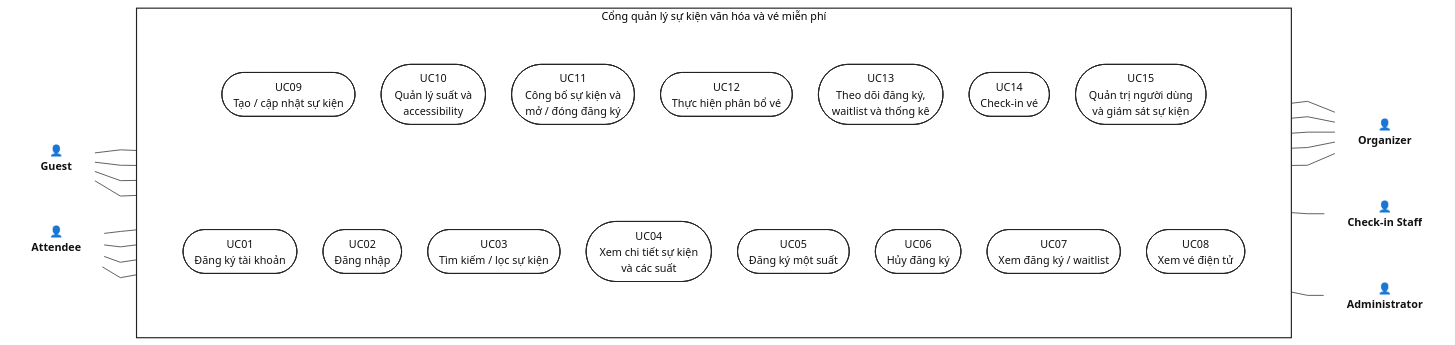
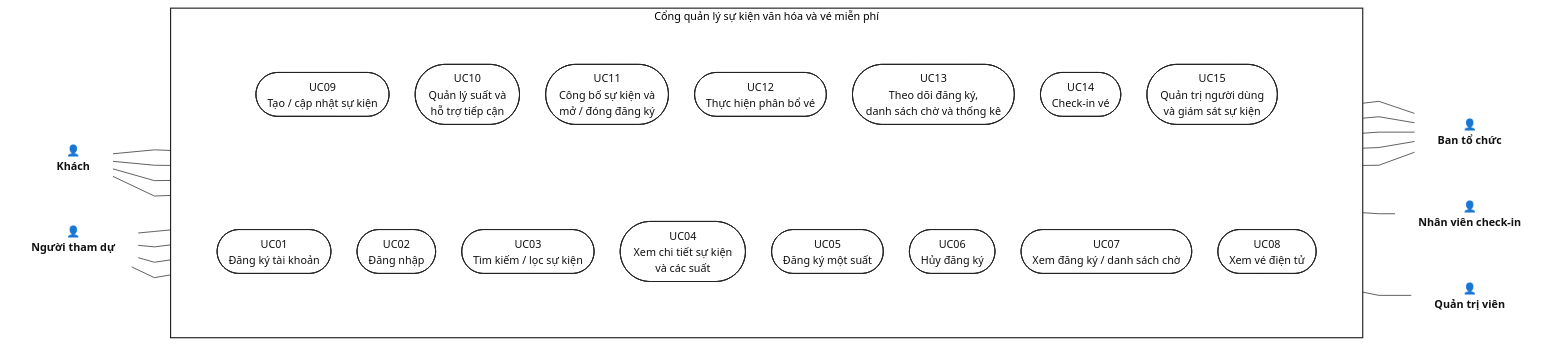
Before and after one commit to anh632k-ui/OOP-DoAn: the diagram in PTTK/01_Actor_UseCase/01-use-case-overview.mmd, drawn with Mermaid.

Commit message:
docs(tv): Việt hóa Mermaid ca sử dụng

```diff
--- a/PTTK/01_Actor_UseCase/01-use-case-overview.mmd
+++ b/PTTK/01_Actor_UseCase/01-use-case-overview.mmd
@@ -1,82 +1,59 @@
 %%{init: {
   "theme": "base",
-  "flowchart": {
-    "curve": "linear",
-    "nodeSpacing": 34,
-    "rankSpacing": 42,
-    "htmlLabels": true
-  },
+  "flowchart": {"curve":"linear","nodeSpacing":34,"rankSpacing":42,"htmlLabels":true},
   "themeVariables": {
-    "background": "#ffffff",
-    "primaryColor": "#ffffff",
-    "primaryTextColor": "#111111",
-    "primaryBorderColor": "#222222",
-    "lineColor": "#333333",
-    "fontFamily": "Arial",
-    "fontSize": "14px",
-    "clusterBkg": "#ffffff",
-    "clusterBorder": "#222222"
+    "background":"#ffffff","primaryColor":"#ffffff","primaryTextColor":"#111111",
+    "primaryBorderColor":"#222222","lineColor":"#333333","fontFamily":"Arial",
+    "fontSize":"14px","clusterBkg":"#ffffff","clusterBorder":"#222222"
   }
 }}%%
-
 flowchart LR
-
-  G["👤<br/>Guest"]:::actor
-  A["👤<br/>Attendee"]:::actor
-
-  subgraph SYS["Cổng quản lý sự kiện văn hóa và vé miễn phí"]
+  K["👤<br/>Khách"]:::actor
+  NTD["👤<br/>Người tham dự"]:::actor
+  subgraph HT["Cổng quản lý sự kiện văn hóa và vé miễn phí"]
     direction LR
-
-    subgraph LEFT[" "]
+    subgraph TRAI[" "]
       direction TB
       UC01(["UC01<br/>Đăng ký tài khoản"]):::usecase
       UC02(["UC02<br/>Đăng nhập"]):::usecase
       UC03(["UC03<br/>Tìm kiếm / lọc sự kiện"]):::usecase
       UC04(["UC04<br/>Xem chi tiết sự kiện<br/>và các suất"]):::usecase
       UC05(["UC05<br/>Đăng ký một suất"]):::usecase
       UC06(["UC06<br/>Hủy đăng ký"]):::usecase
-      UC07(["UC07<br/>Xem đăng ký / waitlist"]):::usecase
+      UC07(["UC07<br/>Xem đăng ký / danh sách chờ"]):::usecase
       UC08(["UC08<br/>Xem vé điện tử"]):::usecase
     end
-
-    subgraph RIGHT[" "]
+    subgraph PHAI[" "]
       direction TB
       UC09(["UC09<br/>Tạo / cập nhật sự kiện"]):::usecase
-      UC10(["UC10<br/>Quản lý suất và<br/>accessibility"]):::usecase
+      UC10(["UC10<br/>Quản lý suất và<br/>hỗ trợ tiếp cận"]):::usecase
       UC11(["UC11<br/>Công bố sự kiện và<br/>mở / đóng đăng ký"]):::usecase
       UC12(["UC12<br/>Thực hiện phân bổ vé"]):::usecase
-      UC13(["UC13<br/>Theo dõi đăng ký,<br/>waitlist và thống kê"]):::usecase
+      UC13(["UC13<br/>Theo dõi đăng ký,<br/>danh sách chờ và thống kê"]):::usecase
       UC14(["UC14<br/>Check-in vé"]):::usecase
       UC15(["UC15<br/>Quản trị người dùng<br/>và giám sát sự kiện"]):::usecase
     end
   end
-
-  O["👤<br/>Organizer"]:::actor
-  S["👤<br/>Check-in Staff"]:::actor
-  AD["👤<br/>Administrator"]:::actor
-
-  G --- UC01
-  G --- UC02
-  G --- UC03
-  G --- UC04
-
-  A --- UC05
-  A --- UC06
-  A --- UC07
-  A --- UC08
-
-  UC09 --- O
-  UC10 --- O
-  UC11 --- O
-  UC12 --- O
-  UC13 --- O
-
-  UC14 --- S
-  UC15 --- AD
-
+  BTC["👤<br/>Ban tổ chức"]:::actor
+  NV["👤<br/>Nhân viên check-in"]:::actor
+  QTV["👤<br/>Quản trị viên"]:::actor
+  K --- UC01
+  K --- UC02
+  K --- UC03
+  K --- UC04
+  NTD --- UC05
+  NTD --- UC06
+  NTD --- UC07
+  NTD --- UC08
+  UC09 --- BTC
+  UC10 --- BTC
+  UC11 --- BTC
+  UC12 --- BTC
+  UC13 --- BTC
+  UC14 --- NV
+  UC15 --- QTV
   classDef actor fill:transparent,stroke:transparent,color:#111111,font-weight:600;
   classDef usecase fill:#ffffff,stroke:#222222,stroke-width:1.2px,color:#111111;
-
-  style SYS fill:#ffffff,stroke:#222222,stroke-width:1.5px
-  style LEFT fill:transparent,stroke:transparent
-  style RIGHT fill:transparent,stroke:transparent
+  style HT fill:#ffffff,stroke:#222222,stroke-width:1.5px
+  style TRAI fill:transparent,stroke:transparent
+  style PHAI fill:transparent,stroke:transparent
```
